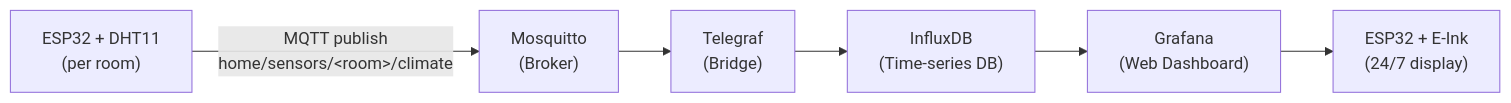
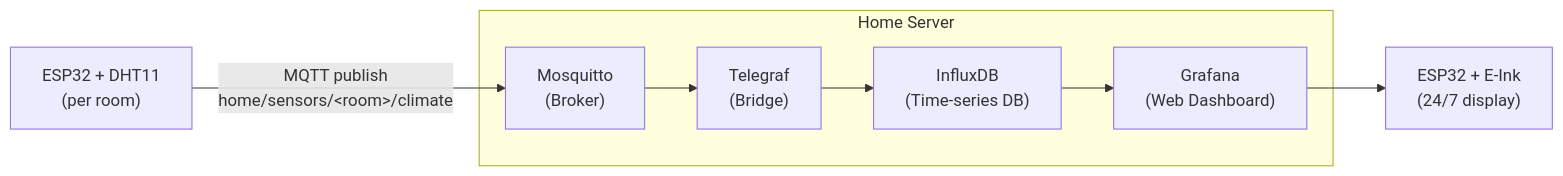
The diagram in README.md (oguzmum/home-climate-monitor), drawn with Mermaid before and after one commit. The commit also changed other lines of this file and 2 other files, not shown here.

Commit message:
README with example images and updated architecture

````diff
--- a/README.md
+++ b/README.md
@@ -7,8 +9,13 @@
 ```mermaid
 flowchart LR
-    A["ESP32 + DHT11<br/>(per room)"] -->|"MQTT publish<br/>home/sensors/&lt;room&gt;/climate"| B["Mosquitto<br/>(Broker)"]
-    B --> C["Telegraf<br/>(Bridge)"]
-    C --> D["InfluxDB<br/>(Time-series DB)"]
-    D --> E["Grafana<br/>(Web Dashboard)"]
+    A["ESP32 + DHT11<br/>(per room)"] -->|"MQTT publish<br/>home/sensors/&lt;room&gt;/climate"| B
+
+    subgraph server["Home Server"]
+        B["Mosquitto<br/>(Broker)"]
+        B --> C["Telegraf<br/>(Bridge)"]
+        C --> D["InfluxDB<br/>(Time-series DB)"]
+        D --> E["Grafana<br/>(Web Dashboard)"]
+    end
+
     E --> F["ESP32 + E-Ink<br/>(24/7 display)"]
 ```
````
